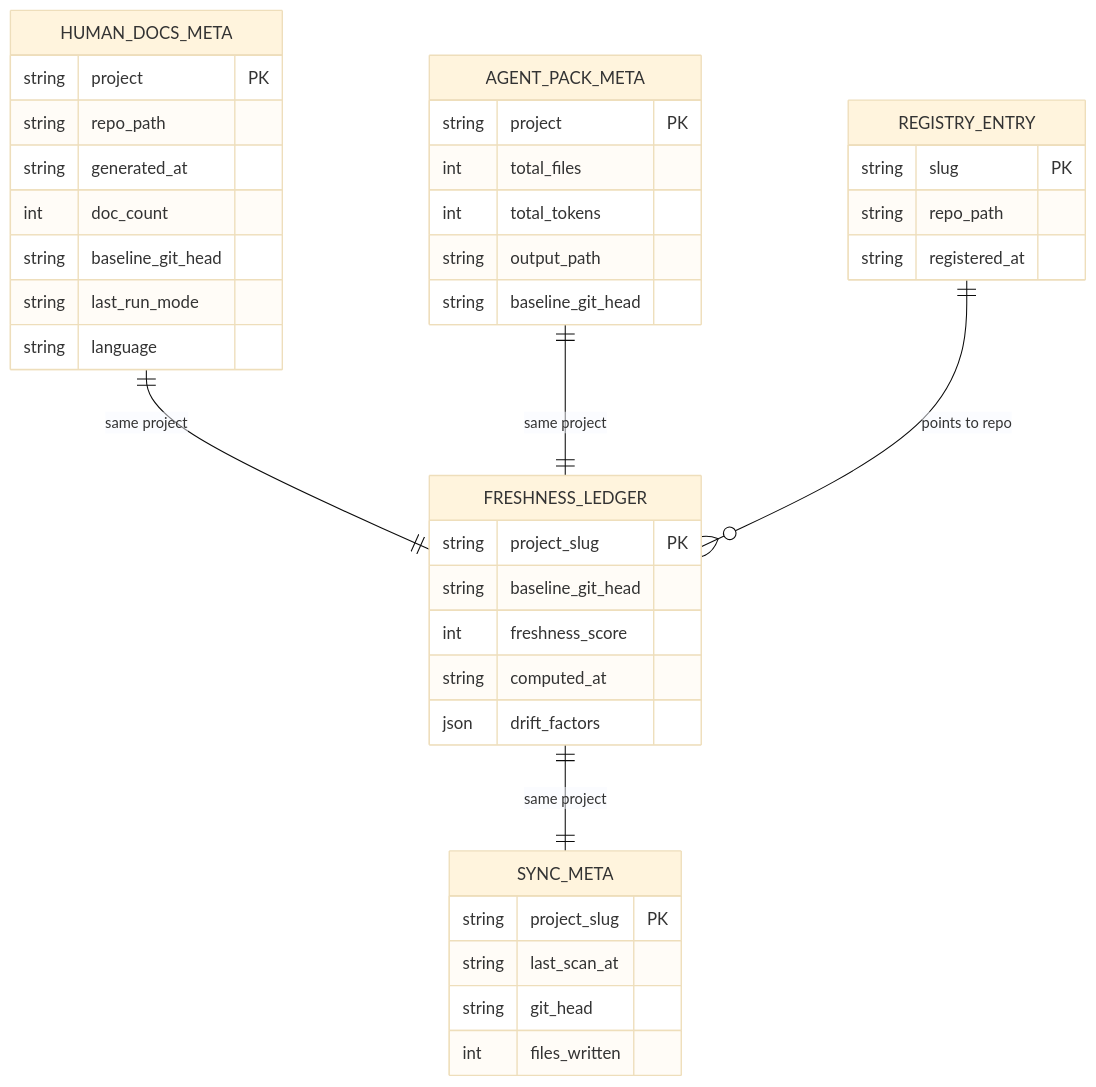
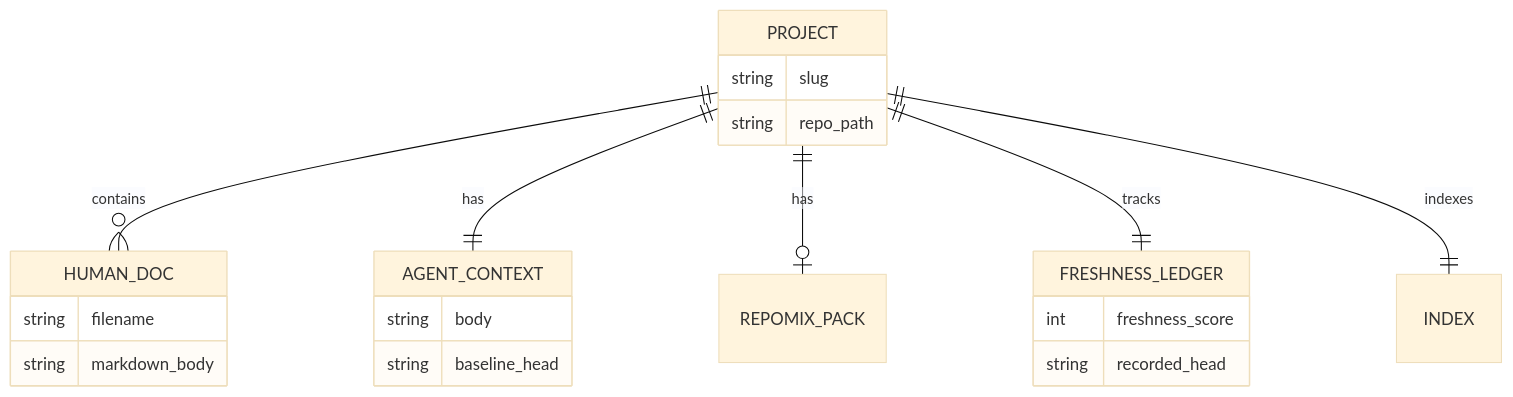
One commit to sopaco/terrain changed the diagram in .terrain/human/6.Database-Overview.md. Above: the diagram before and after it, drawn with Mermaid (base theme). The commit also changed other lines of this file and 12 other files, not shown here.

````diff
--- a/.terrain/human/6.Database-Overview.md
+++ b/.terrain/human/6.Database-Overview.md
@@ -37,42 +25,24 @@
 ```mermaid
 erDiagram
+    PROJECT ||--o{ HUMAN_DOC : contains
+    PROJECT ||--|| AGENT_CONTEXT : has
+    PROJECT ||--o| REPOMIX_PACK : has
+    PROJECT ||--|| FRESHNESS_LEDGER : tracks
+    PROJECT ||--|| INDEX : indexes
+    PROJECT {
+        string slug
+        string repo_path
+    }
+    HUMAN_DOC {
+        string filename
+        string markdown_body
+    }
+    AGENT_CONTEXT {
+        string body
+        string baseline_head
+    }
     FRESHNESS_LEDGER {
-        string project_slug PK
-        string baseline_git_head
         int freshness_score
-        string computed_at
-        json drift_factors
+        string recorded_head
     }
-    SYNC_META {
-        string project_slug PK
-        string last_scan_at
-        string git_head
-        int files_written
-    }
-    HUMAN_DOCS_META {
-        string project PK
-        string repo_path
-        string generated_at
-        int doc_count
-        string baseline_git_head
-        string last_run_mode
-        string language
-    }
-    AGENT_PACK_META {
-        string project PK
-        int total_files
-        int total_tokens
-        string output_path
-        string baseline_git_head
-    }
-    REGISTRY_ENTRY {
-        string slug PK
-        string repo_path
-        string registered_at
-    }
-
-    FRESHNESS_LEDGER ||--|| SYNC_META : "same project"
-    HUMAN_DOCS_META ||--|| FRESHNESS_LEDGER : "same project"
-    AGENT_PACK_META ||--|| FRESHNESS_LEDGER : "same project"
-    REGISTRY_ENTRY ||--o{ FRESHNESS_LEDGER : "points to repo"
 ```
````
